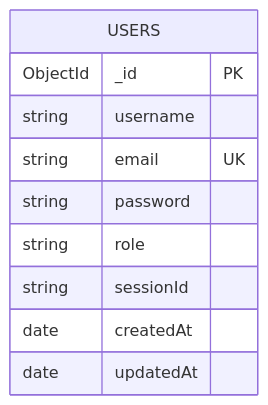
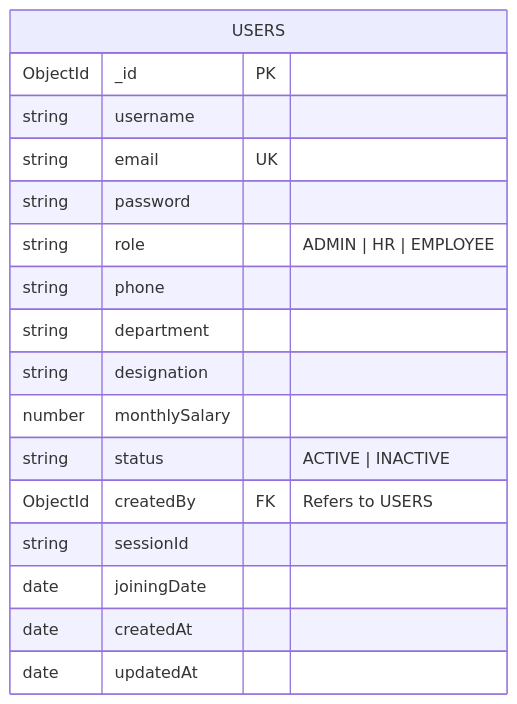
One commit to SojitraParth02/HRMS changed the third of 4 diagrams in SYSTEM_ARCHITECTURE_DOCUMENTATION.md. Above: the diagram before and after it, drawn with Mermaid. The commit also changed other lines of this file and 116 other files, not shown here.

````diff
--- a/SYSTEM_ARCHITECTURE_DOCUMENTATION.md
+++ b/SYSTEM_ARCHITECTURE_DOCUMENTATION.md
@@ -171,13 +204,20 @@
 ```mermaid
 erDiagram
     USERS {
         ObjectId _id PK
         string username
         string email UK
         string password
-        string role
+        string role "ADMIN | HR | EMPLOYEE"
+        string phone
+        string department
+        string designation
+        number monthlySalary
+        string status "ACTIVE | INACTIVE"
+        ObjectId createdBy FK "Refers to USERS"
         string sessionId
+        date joiningDate
         date createdAt
         date updatedAt
     }
 ```
````
